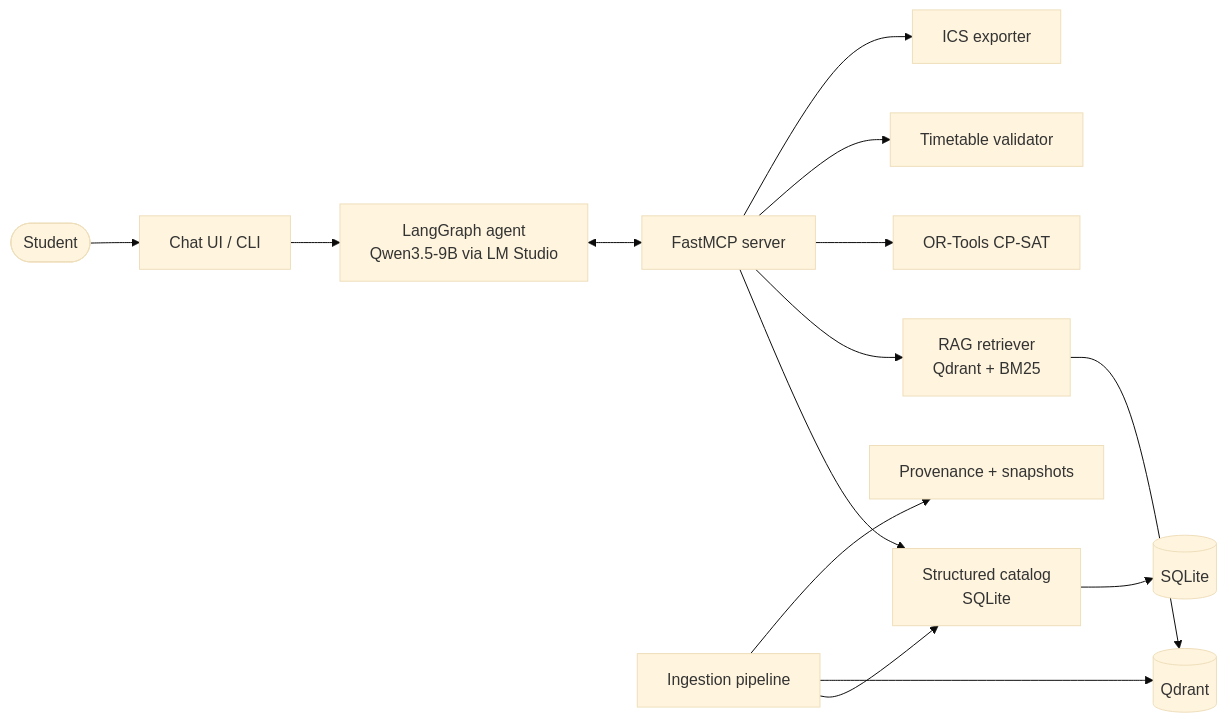
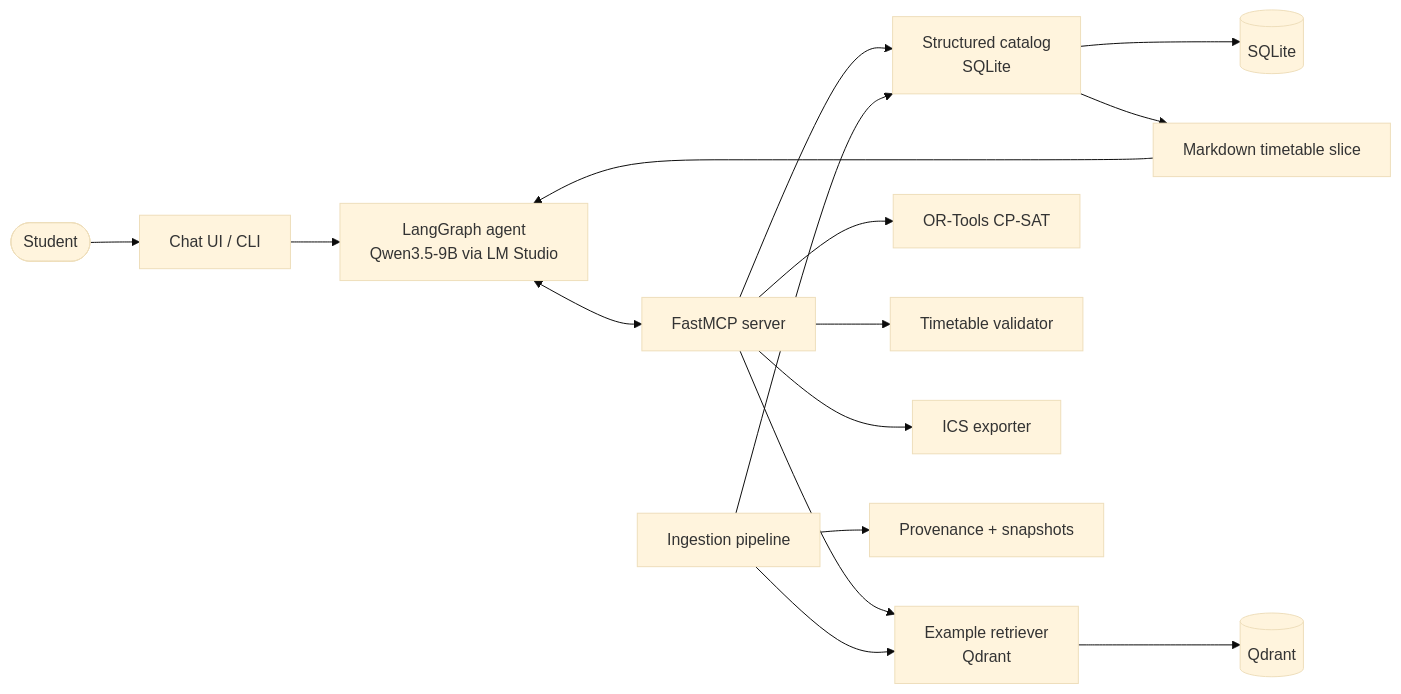
One commit to xze3n/StudentTimetableOrganizer changed the fourth of 5 diagrams in docs/MILESTONE2.md. Above: the diagram before and after it, drawn with Mermaid (base theme). The commit also changed other lines of this file, not shown here.

Commit message:
Refine Milestone 2 plan for structured timetable data

````diff
--- a/docs/MILESTONE2.md
+++ b/docs/MILESTONE2.md
@@ -447,16 +542,18 @@
 ```mermaid
 flowchart LR
     Student([Student]) --> UI["Chat UI / CLI"]
     UI --> Agent["LangGraph agent<br/>Qwen3.5-9B via LM Studio"]
     Agent <--> MCP["FastMCP server"]
     MCP --> Catalog["Structured catalog<br/>SQLite"]
-    MCP --> Retriever["RAG retriever<br/>Qdrant + BM25"]
+    MCP --> Examples["Example retriever<br/>Qdrant"]
     MCP --> Solver["OR-Tools CP-SAT"]
     MCP --> Validator["Timetable validator"]
     MCP --> Exporter["ICS exporter"]
-    Retriever --> Qdrant[(Qdrant)]
     Catalog --> DB[(SQLite)]
+    Examples --> Qdrant[(Qdrant)]
     Ingest["Ingestion pipeline"] --> Catalog
-    Ingest --> Qdrant
+    Ingest --> Examples
+    Catalog --> Markdown["Markdown timetable slice"]
+    Markdown --> Agent
     Ingest --> Provenance["Provenance + snapshots"]
 ```
````
